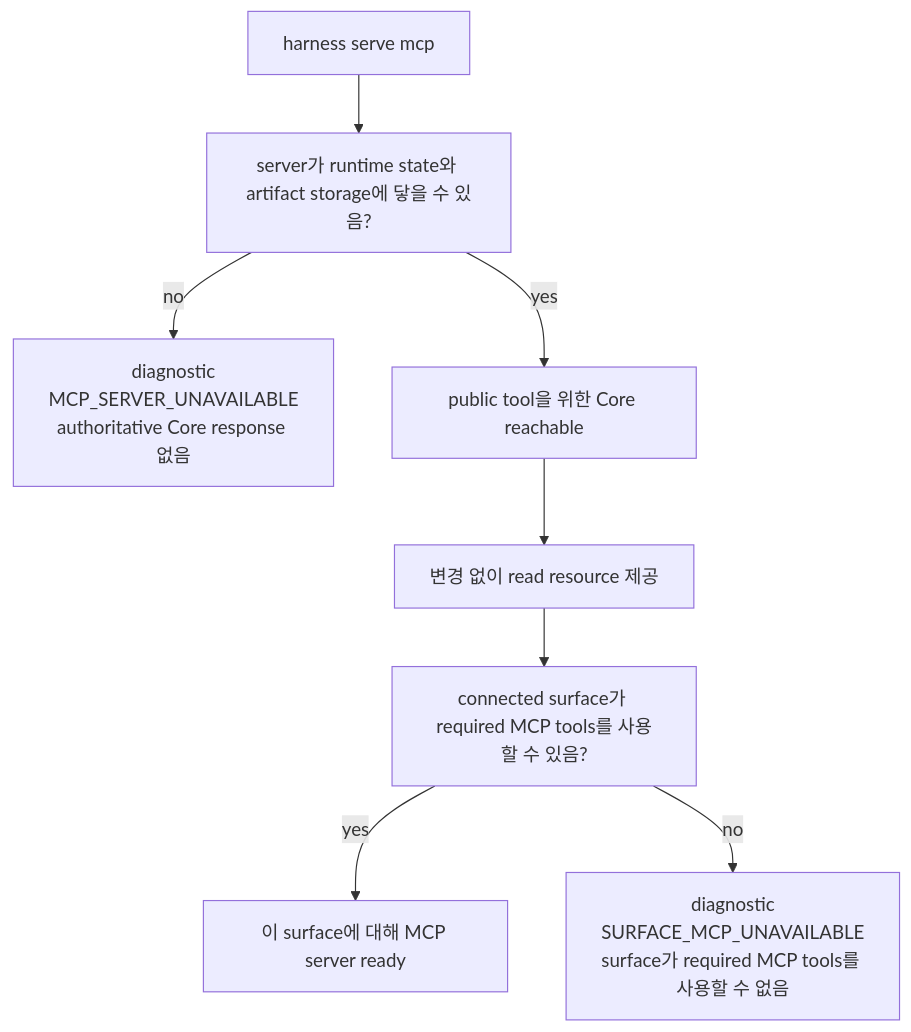
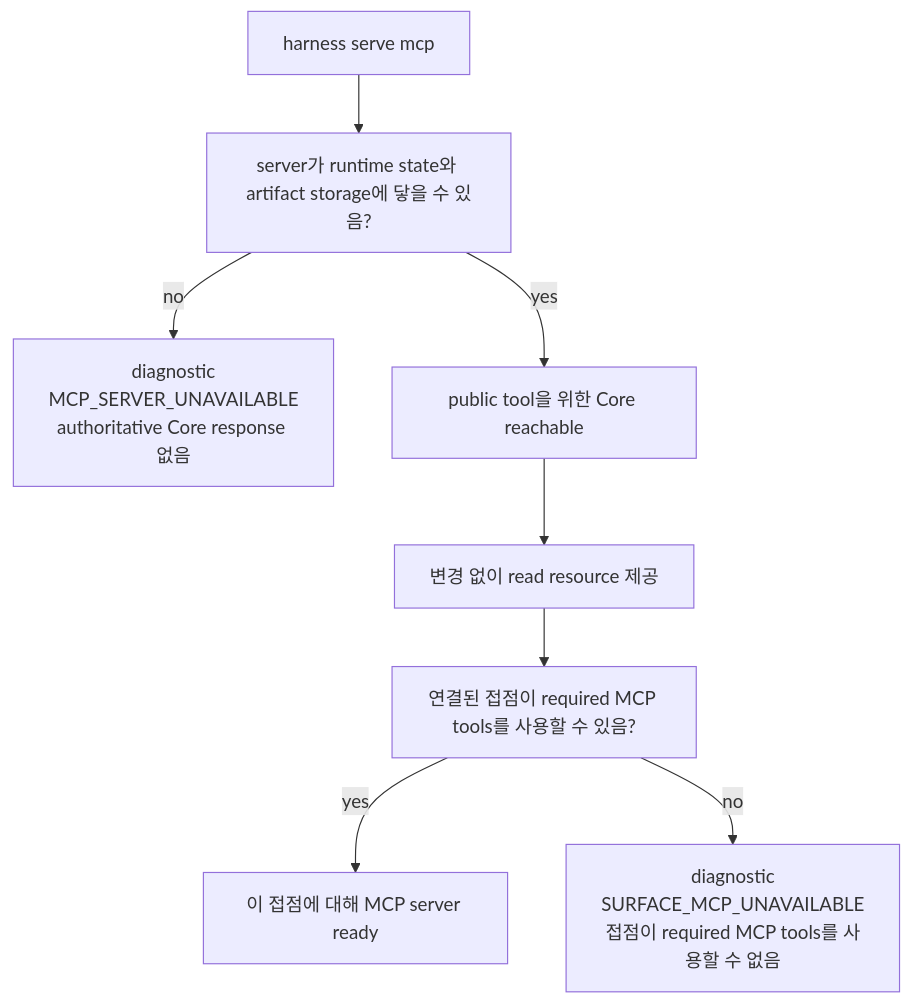
One commit to minjungw00/Harness_Project changed the sixth of 14 diagrams in docs/ko/reference/operations-and-conformance.md. Above: the diagram before and after it, drawn with Mermaid. The commit also changed other lines of this file and 27 other files, not shown here.

````diff
--- a/docs/ko/reference/operations-and-conformance.md
+++ b/docs/ko/reference/operations-and-conformance.md
@@ -226,10 +226,10 @@
 ```mermaid
 flowchart TD
   Start["harness serve mcp"] --> Server["server가 runtime state와 artifact storage에 닿을 수 있음?"]
   Server -- "no" --> ServerFail["diagnostic<br/>MCP_SERVER_UNAVAILABLE<br/>authoritative Core response 없음"]
   Server -- "yes" --> Core["public tool을 위한 Core reachable"]
   Core --> Resources["변경 없이 read resource 제공"]
-  Resources --> Surface["connected surface가 required MCP tools를 사용할 수 있음?"]
-  Surface -- "yes" --> Ready["이 surface에 대해 MCP server ready"]
-  Surface -- "no" --> SurfaceFail["diagnostic<br/>SURFACE_MCP_UNAVAILABLE<br/>surface가 required MCP tools를 사용할 수 없음"]
+  Resources --> Surface["연결된 접점이 required MCP tools를 사용할 수 있음?"]
+  Surface -- "yes" --> Ready["이 접점에 대해 MCP server ready"]
+  Surface -- "no" --> SurfaceFail["diagnostic<br/>SURFACE_MCP_UNAVAILABLE<br/>접점이 required MCP tools를 사용할 수 없음"]
 ```
````
